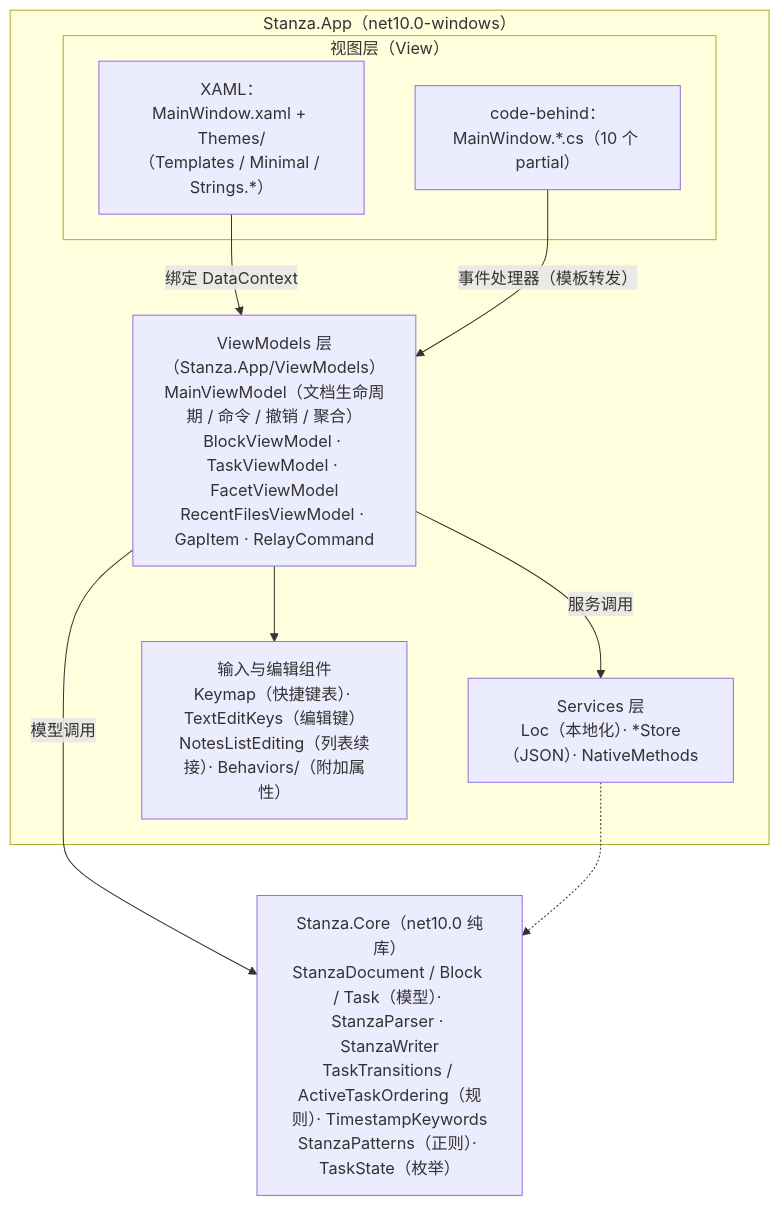
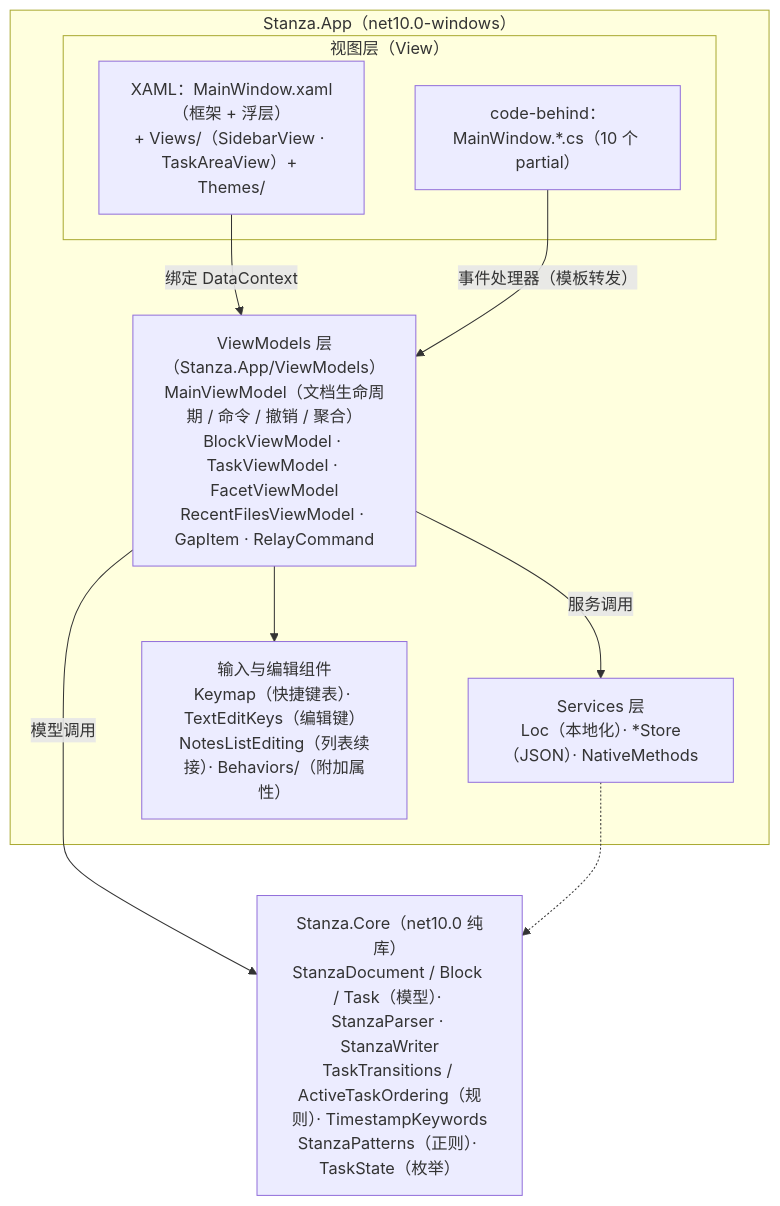
Before and after one commit to soryu-ryouji/Stanza: the first of 9 diagrams in stanza-wpf/docs/ARCHITECTURE.md, drawn with Mermaid. The commit also changed other lines of this file and 11 other files, not shown here.

````diff
--- a/stanza-wpf/docs/ARCHITECTURE.md
+++ b/stanza-wpf/docs/ARCHITECTURE.md
@@ -37,18 +37,18 @@
 ```mermaid
 flowchart TB
     subgraph App["Stanza.App（net10.0-windows）"]
         subgraph View["视图层（View）"]
-            Xaml["XAML：MainWindow.xaml + Themes/<br/>（Templates / Minimal / Strings.*）"]
+            Xaml["XAML：MainWindow.xaml（框架 + 浮层）<br/>+ Views/（SidebarView · TaskAreaView）+ Themes/"]
             CodeBehind["code-behind：MainWindow.*.cs（10 个 partial）"]
         end
         VM["ViewModels 层（Stanza.App/ViewModels）<br/>MainViewModel（文档生命周期 / 命令 / 撤销 / 聚合）<br/>BlockViewModel · TaskViewModel · FacetViewModel<br/>RecentFilesViewModel · GapItem · RelayCommand"]
         Svc["Services 层<br/>Loc（本地化）· *Store（JSON）· NativeMethods"]
         Input["输入与编辑组件<br/>Keymap（快捷键表）· TextEditKeys（编辑键）<br/>NotesListEditing（列表续接）· Behaviors/（附加属性）"]
         Xaml -->|绑定 DataContext| VM
         CodeBehind -->|事件处理器（模板转发）| VM
         VM -->|服务调用| Svc
         VM --> Input
     end
     VM -->|模型调用| Core["Stanza.Core（net10.0 纯库）<br/>StanzaDocument / Block / Task（模型）· StanzaParser · StanzaWriter<br/>TaskTransitions / ActiveTaskOrdering（规则）· TimestampKeywords<br/>StanzaPatterns（正则）· TaskState（枚举）"]
     Svc -.-> Core
 ```
````
